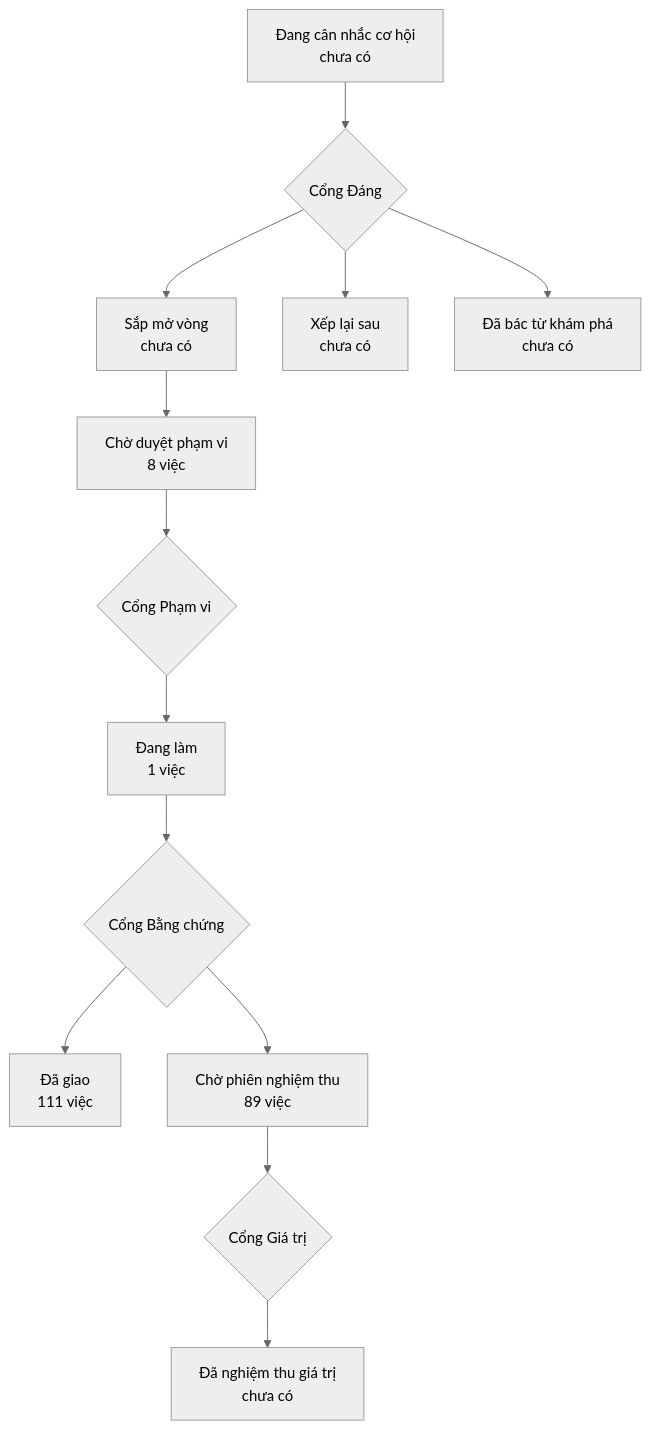
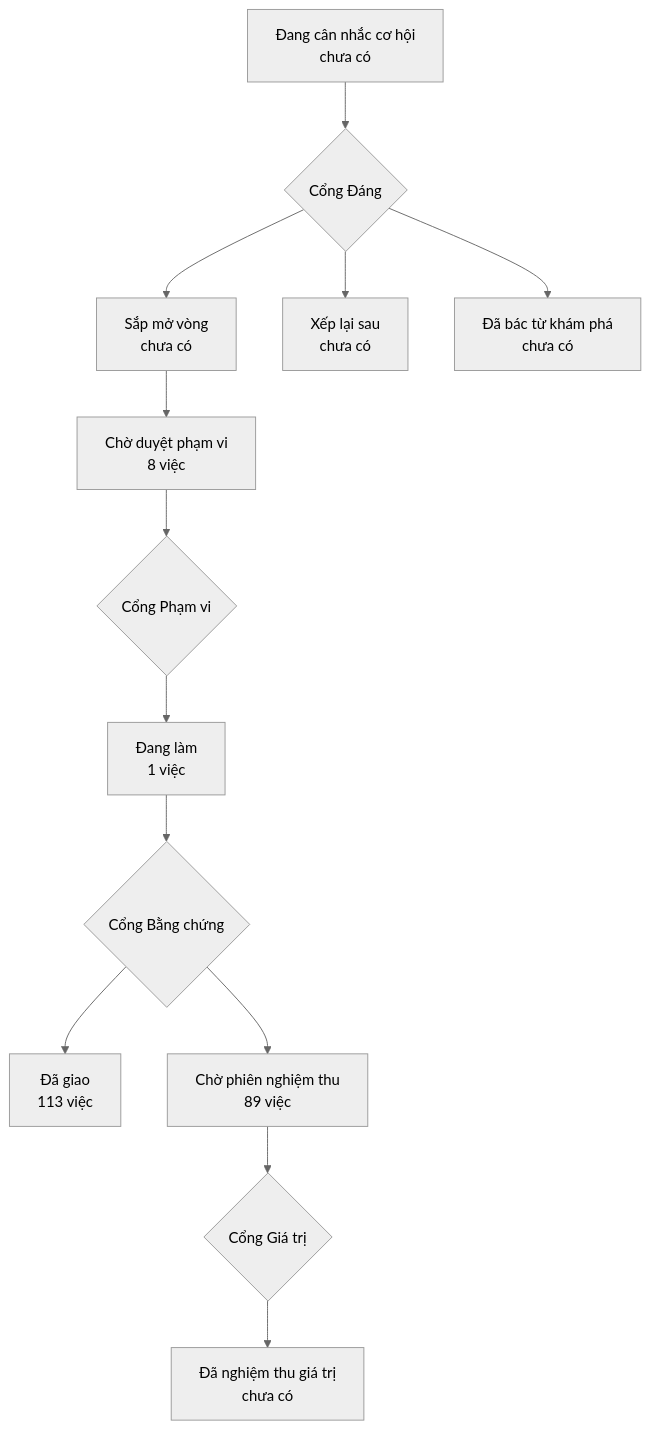
One commit to phanlemanh/onehub-invest changed the diagram in PRODUCT-MAP.md. Above: the diagram before and after it, drawn with Mermaid (neutral theme). The commit also changed other lines of this file and 1 other file, not shown here.

Commit message:
chore(seller-ref-theo-nguoi-gui): vẽ lại bản đồ sau gộp main a86804f7

````diff
--- a/PRODUCT-MAP.md
+++ b/PRODUCT-MAP.md
@@ -7,12 +7,12 @@
 ```mermaid
 flowchart TD
   A["Đang cân nhắc cơ hội<br/>chưa có"] --> GD{"Cổng Đáng"}
   GD --> B["Sắp mở vòng<br/>chưa có"]
   GD --> XL["Xếp lại sau<br/>chưa có"]
   GD --> DB["Đã bác từ khám phá<br/>chưa có"]
   B --> CD["Chờ duyệt phạm vi<br/>8 việc"] --> GP{"Cổng Phạm vi"}
   GP --> DL["Đang làm<br/>1 việc"] --> GB{"Cổng Bằng chứng"}
-  GB --> DG["Đã giao<br/>111 việc"]
+  GB --> DG["Đã giao<br/>113 việc"]
   GB --> CN["Chờ phiên nghiệm thu<br/>89 việc"] --> GG{"Cổng Giá trị"}
   GG --> NT["Đã nghiệm thu giá trị<br/>chưa có"]
 ```
````
